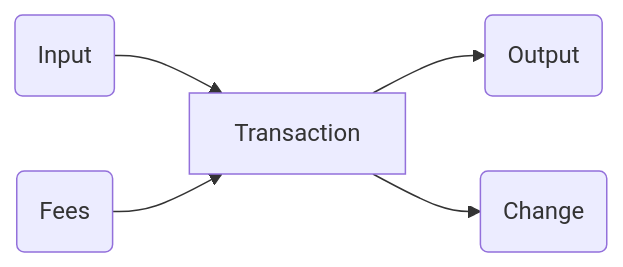
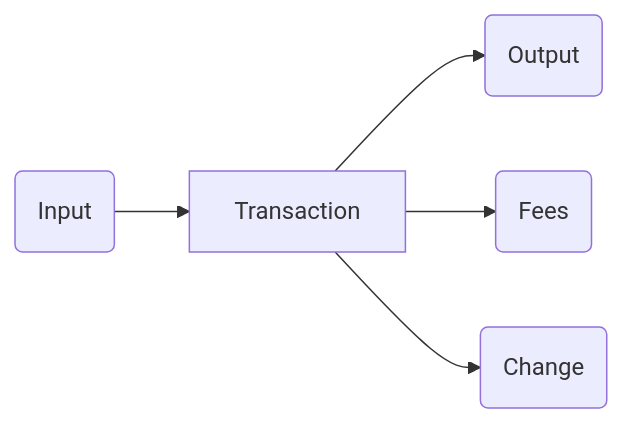
One commit to Anastasia-Labs/design-patterns changed the first of 2 diagrams in UTXO-INDEXERS.md. Above: the diagram before and after it, drawn with Mermaid. The commit also changed other lines of this file, not shown here.

````diff
--- a/UTXO-INDEXERS.md
+++ b/UTXO-INDEXERS.md
@@ -16,12 +17,12 @@
 ```mermaid
 graph LR
     TX[Transaction]
     I1(Input)
-    I2(Fees)
     O1(Output)
-    O2(Change)
+    O2(Fees)
+    O3(Change)
     I1 --> TX
-    I2 --> TX
     TX --> O1
     TX --> O2
+    TX --> O3
 ```
````
